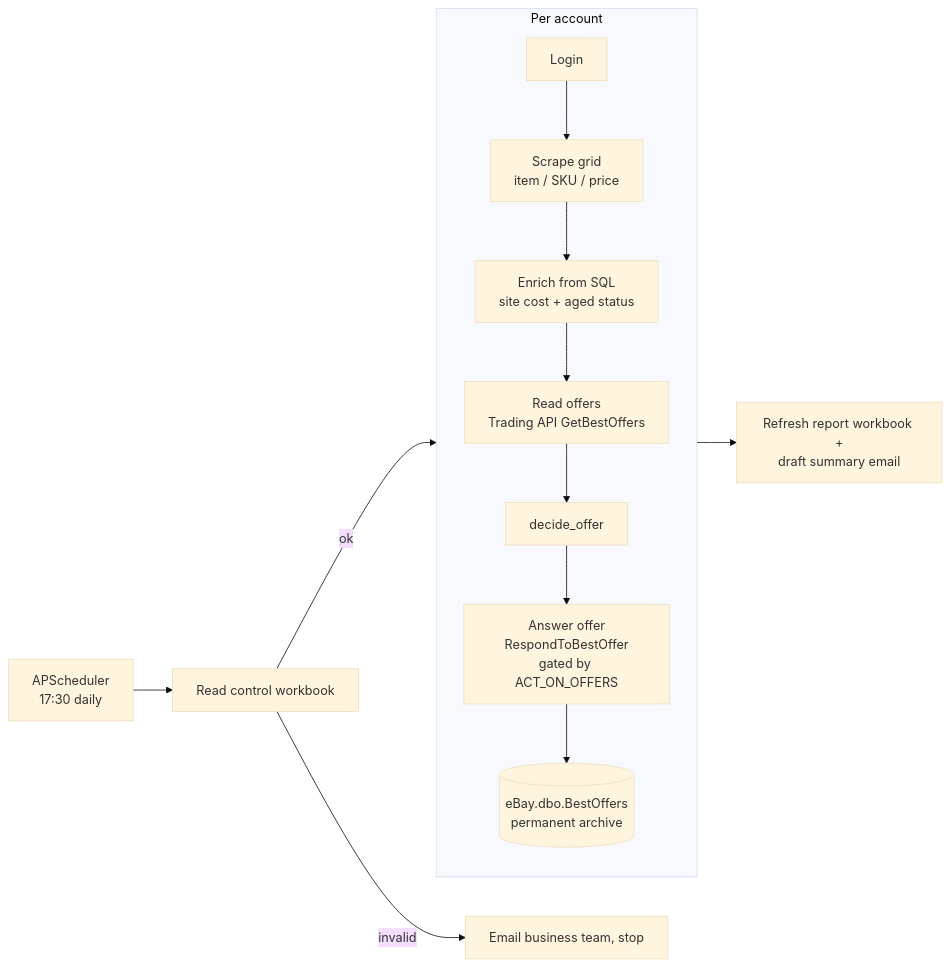
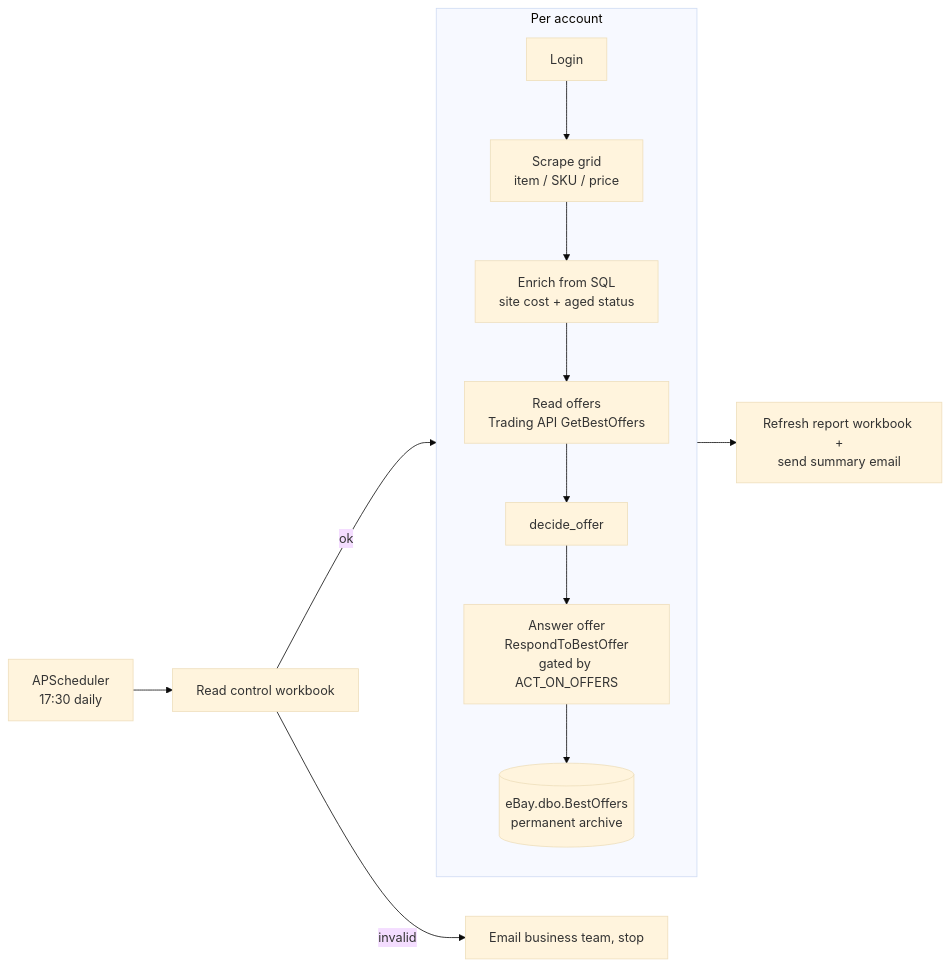
One commit to dominicci13/ebay-best-offers changed the diagram in README.md. Above: the diagram before and after it, drawn with Mermaid (base theme). The commit also changed other lines of this file and 2 other files, not shown here.

First line of the commit message:
fix: send summary report to stakeholders

````diff
--- a/README.md
+++ b/README.md
@@ -45,18 +45,18 @@
 ```mermaid
 flowchart LR
     sched[APScheduler<br/>17:30 daily] --> settings
     settings[Read control workbook] -->|invalid| stop[Email business team, stop]
     settings -->|ok| loop
 
     subgraph loop[Per account]
         direction TB
         login[Login] --> scrape[Scrape grid<br/>item / SKU / price]
         scrape --> enrich[Enrich from SQL<br/>site cost + aged status]
         enrich --> read[Read offers<br/>Trading API GetBestOffers]
         read --> decide[decide_offer]
         decide --> respond[Answer offer<br/>RespondToBestOffer<br/>gated by ACT_ON_OFFERS]
         respond --> store[(eBay.dbo.BestOffers<br/>permanent archive)]
     end
 
-    store --> report[Refresh report workbook +<br/>draft summary email]
+    store --> report[Refresh report workbook +<br/>send summary email]
 ```
````
